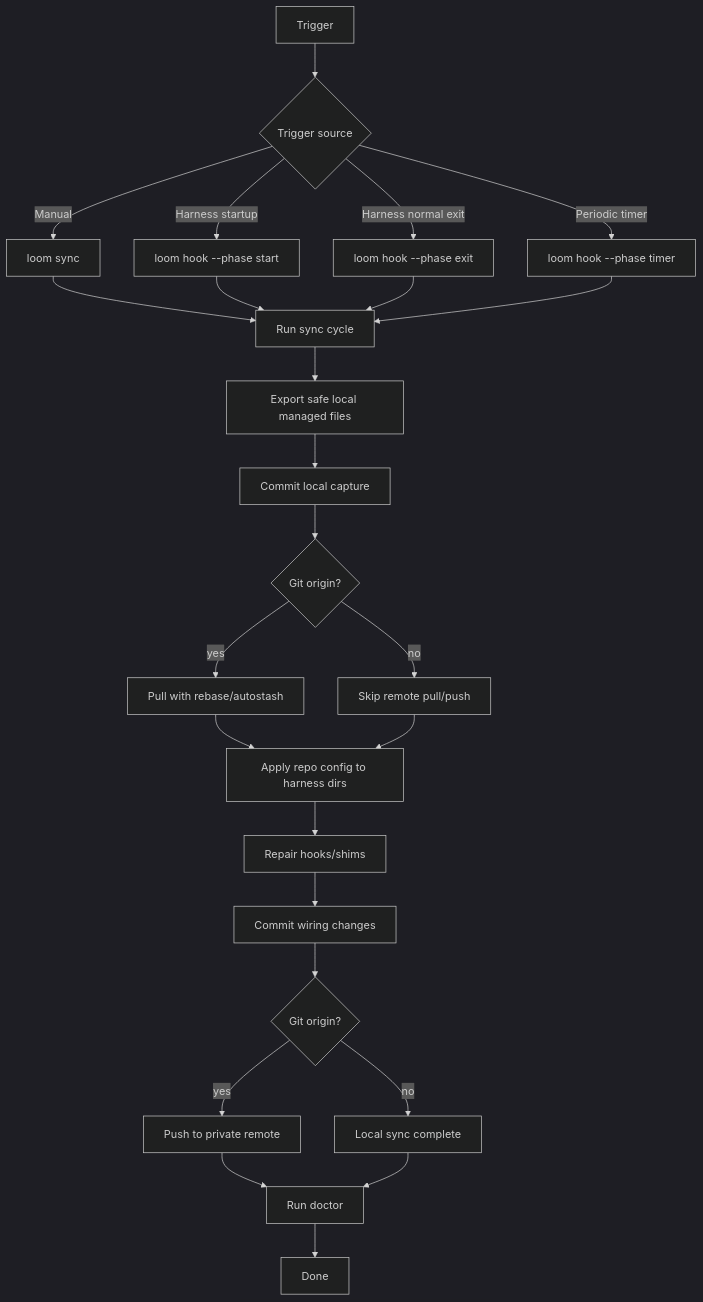
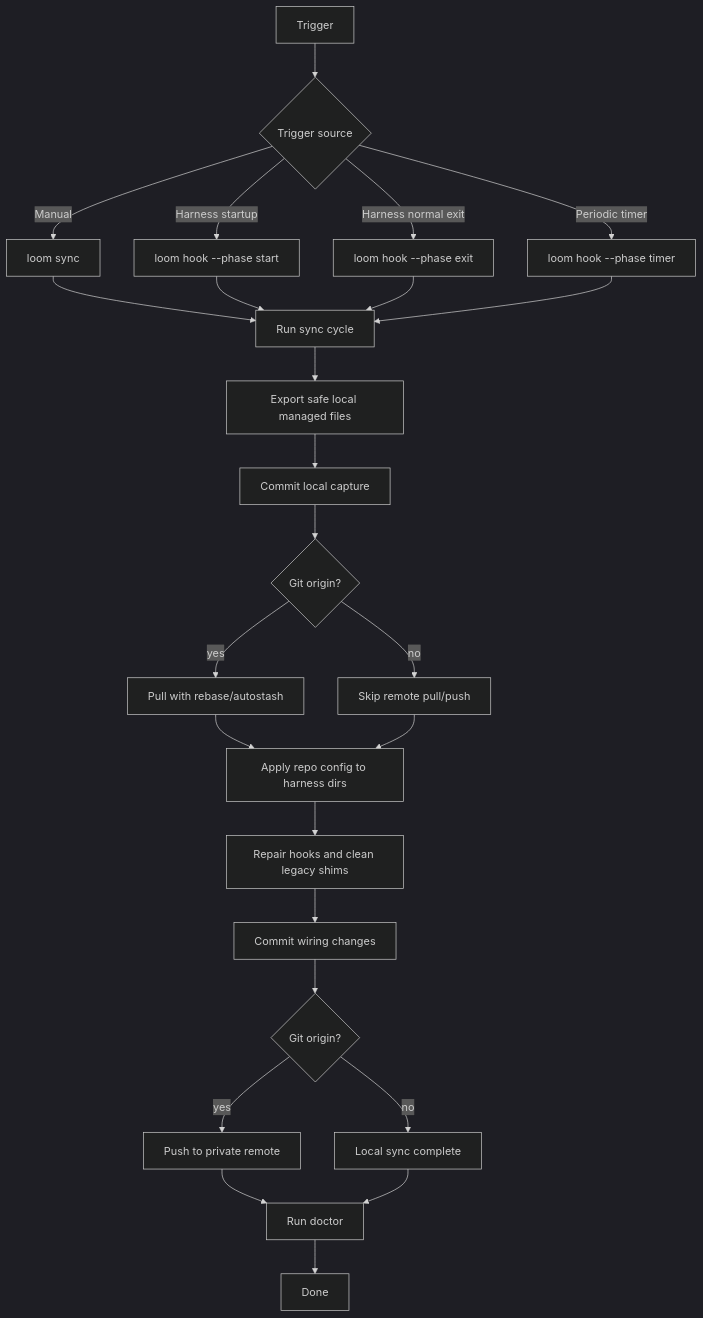
The third of 3 diagrams in README.md (yhyzgn/loom), drawn with Mermaid (dark theme) before and after one commit. The commit also changed other lines of this file and 2 other files, not shown here.

Commit message:
loom: auto-clean legacy command shims

````diff
--- a/README.md
+++ b/README.md
@@ -143,30 +143,30 @@
 ```mermaid
 flowchart TD
   Start[Trigger] --> Kind{Trigger source}
 
   Kind -->|Manual| Manual[loom sync]
   Kind -->|Harness startup| HookStart[loom hook --phase start]
   Kind -->|Harness normal exit| HookExit[loom hook --phase exit]
   Kind -->|Periodic timer| Timer[loom hook --phase timer]
 
   Manual --> Sync[Run sync cycle]
   HookStart --> Sync
   HookExit --> Sync
   Timer --> Sync
 
   Sync --> Export[Export safe local managed files]
   Export --> Commit1[Commit local capture]
   Commit1 --> Pull{Git origin?}
   Pull -->|yes| Rebase[Pull with rebase/autostash]
   Pull -->|no| LocalOnly[Skip remote pull/push]
   Rebase --> Apply[Apply repo config to harness dirs]
   LocalOnly --> Apply
-  Apply --> Repair[Repair hooks/shims]
+  Apply --> Repair[Repair hooks and clean legacy shims]
   Repair --> Commit2[Commit wiring changes]
   Commit2 --> Push{Git origin?}
   Push -->|yes| RemotePush[Push to private remote]
   Push -->|no| DoneLocal[Local sync complete]
   RemotePush --> Doctor[Run doctor]
   DoneLocal --> Doctor
   Doctor --> Done[Done]
 ```
````
